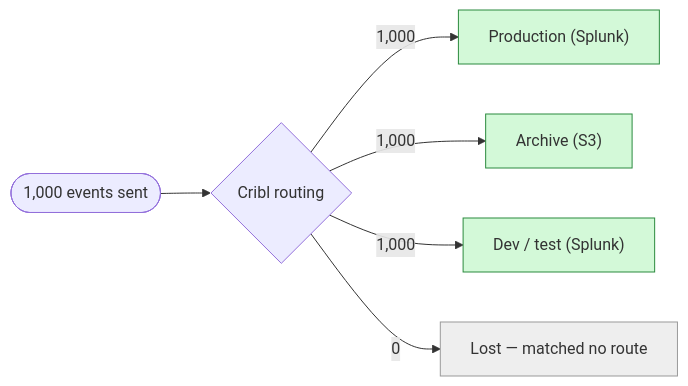
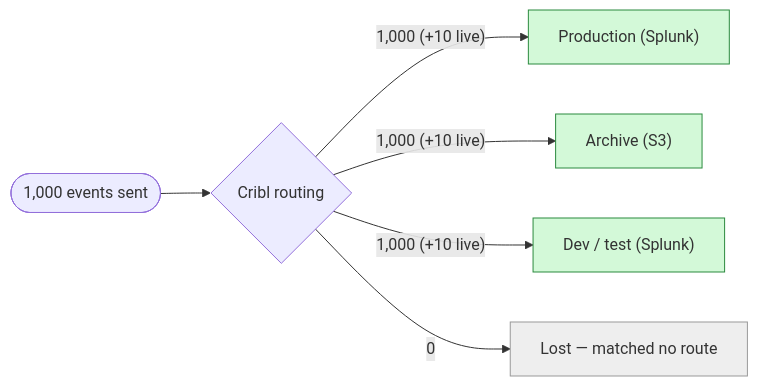
Before and after one commit to JacobPEvans-personal/cc-stream-zscaler-incident-test: the third of 9 diagrams in REPORT.md, drawn with Mermaid. The commit also changed other lines of this file and 11 other files, not shown here.

````diff
--- a/REPORT.md
+++ b/REPORT.md
@@ -129,12 +133,12 @@
 ```mermaid
 flowchart LR
   IN(["1,000 events sent"]) --> C{"Cribl routing"}
-  C -->|"1,000"| prod["Production (Splunk)"]
+  C -->|"1,000 (+10 live)"| prod["Production (Splunk)"]
   style prod fill:#d3f9d8,stroke:#2b8a3e
-  C -->|"1,000"| s3["Archive (S3)"]
+  C -->|"1,000 (+10 live)"| s3["Archive (S3)"]
   style s3 fill:#d3f9d8,stroke:#2b8a3e
-  C -->|"1,000"| dev["Dev / test (Splunk)"]
+  C -->|"1,000 (+10 live)"| dev["Dev / test (Splunk)"]
   style dev fill:#d3f9d8,stroke:#2b8a3e
   C -->|"0"| default["Lost — matched no route"]
   style default fill:#eee,stroke:#999
 ```
````
